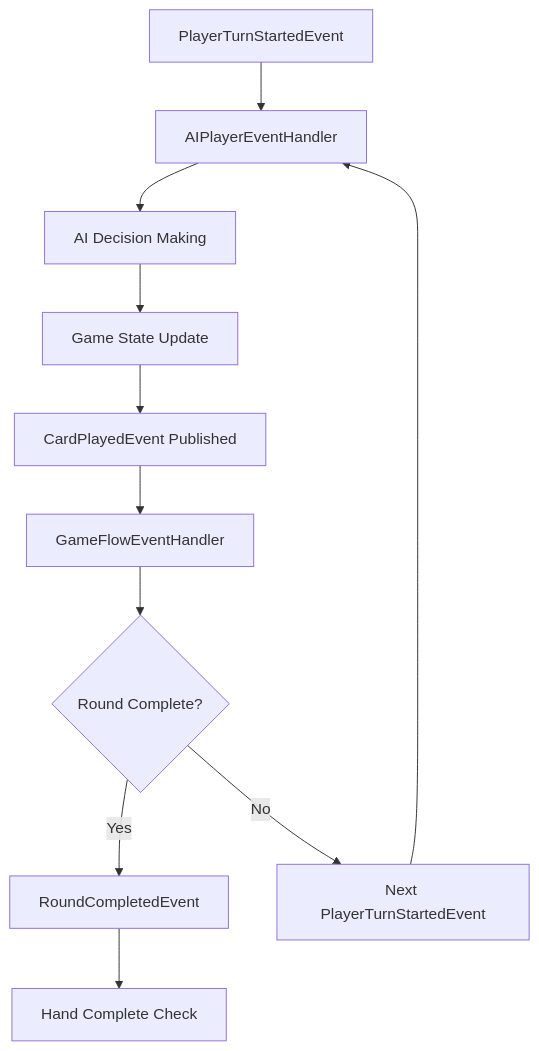
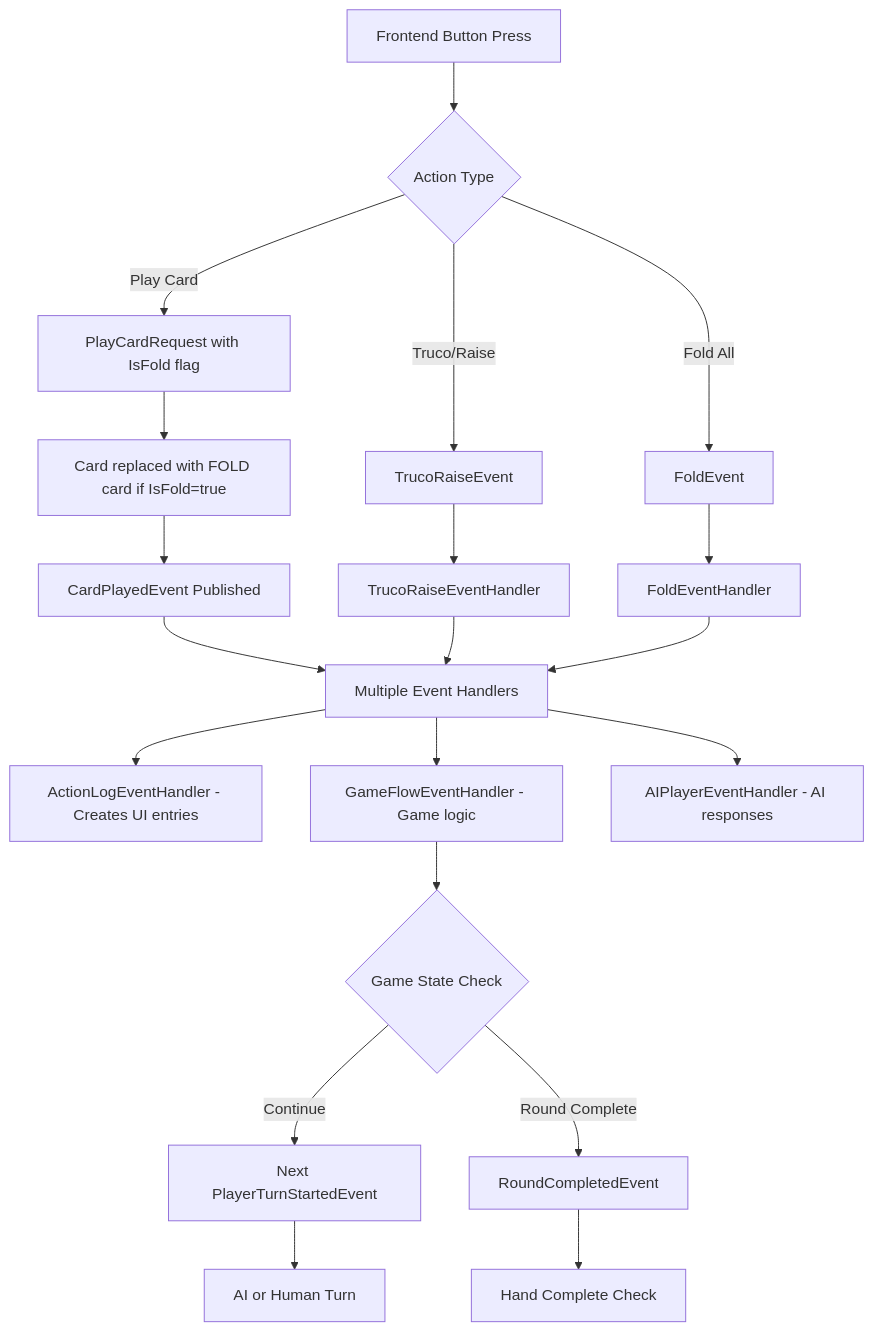
Before and after one commit to brunoslr/truco-backend: the diagram in README.md, drawn with Mermaid. The commit also changed other lines of this file and 16 other files, not shown here.

First line of the commit message:
feat: enhance game flow with improved AI delays and event-driven architecture

````diff
--- a/README.md
+++ b/README.md
@@ -245,13 +279,26 @@
 ```mermaid
 graph TD
-    A[PlayerTurnStartedEvent] --> B[AIPlayerEventHandler]
-    B --> C[AI Decision Making]
-    C --> D[Game State Update]
-    D --> E[CardPlayedEvent Published]
-    E --> F[GameFlowEventHandler]
-    F --> G{Round Complete?}
-    G -->|Yes| H[RoundCompletedEvent]
-    G -->|No| I[Next PlayerTurnStartedEvent]
-    H --> J[Hand Complete Check]
-    I --> B
+    A[Frontend Button Press] --> B{Action Type}
+    B -->|Play Card| C[PlayCardRequest with IsFold flag]
+    B -->|Truco/Raise| D[TrucoRaiseEvent]
+    B -->|Fold All| E[FoldEvent]
+    
+    C --> F[Card replaced with FOLD card if IsFold=true]
+    F --> G[CardPlayedEvent Published]
+    D --> H[TrucoRaiseEventHandler]
+    E --> I[FoldEventHandler]
+    
+    G --> J[Multiple Event Handlers]
+    H --> J
+    I --> J
+    
+    J --> K[ActionLogEventHandler - Creates UI entries]
+    J --> L[GameFlowEventHandler - Game logic]
+    J --> M[AIPlayerEventHandler - AI responses]
+    
+    L --> N{Game State Check}
+    N -->|Continue| O[Next PlayerTurnStartedEvent]
+    N -->|Round Complete| P[RoundCompletedEvent]
+    O --> Q[AI or Human Turn]
+    P --> R[Hand Complete Check]
 ```
````
